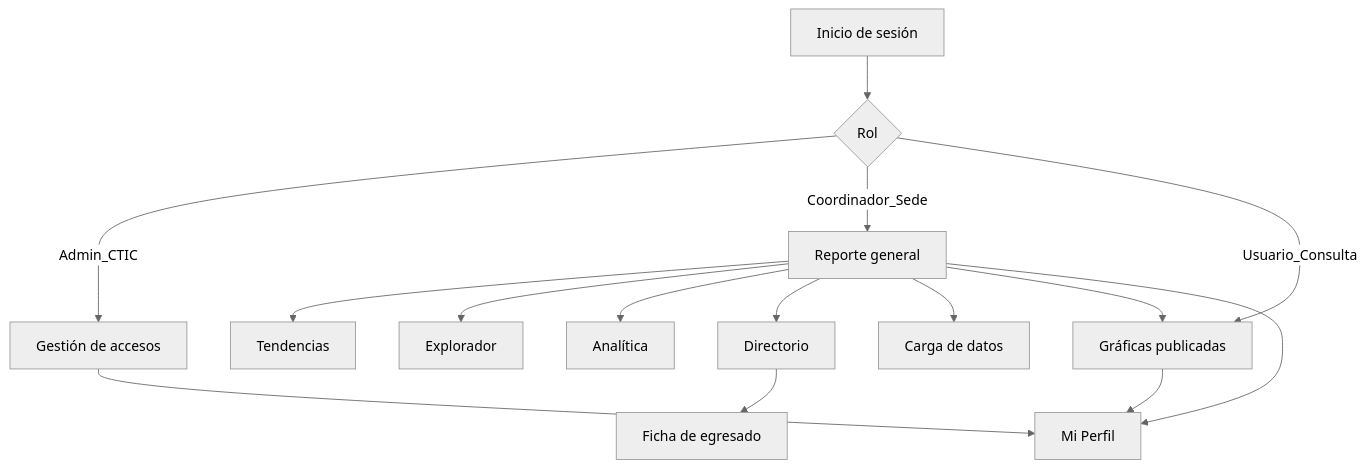
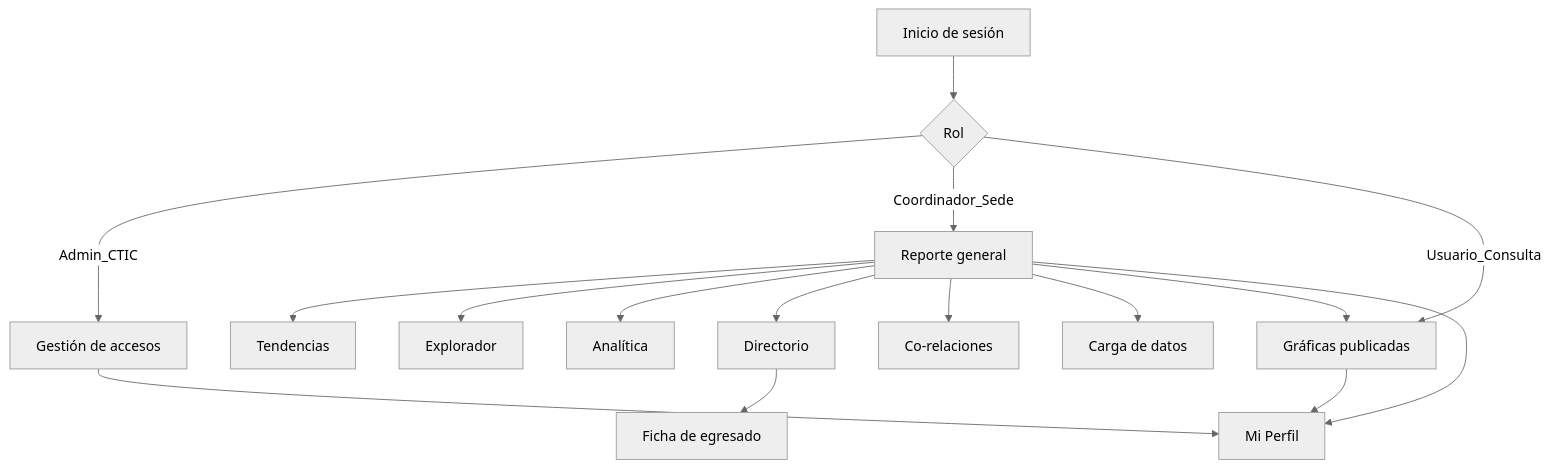
One commit to Cri-plata/OE-UPB changed the first of 2 diagrams in OEUPB-Docs/mockups/screen-map.md. Above: the diagram before and after it, drawn with Mermaid (neutral theme). The commit also changed other lines of this file and 8 other files, not shown here.

````diff
--- a/OEUPB-Docs/mockups/screen-map.md
+++ b/OEUPB-Docs/mockups/screen-map.md
@@ -58,17 +59,18 @@
 ```mermaid
 flowchart TD
     A[Inicio de sesión] --> B{Rol}
     B -->|Admin_CTIC| C[Gestión de accesos]
     B -->|Coordinador_Sede| D[Reporte general]
     B -->|Usuario_Consulta| E[Gráficas publicadas]
     D --> F[Tendencias]
     D --> G[Explorador]
     D --> H[Analítica]
     D --> I[Directorio]
     I --> J[Ficha de egresado]
+    D --> M[Co-relaciones]
     D --> K[Carga de datos]
     D --> E
     C --> L[Mi Perfil]
     D --> L
     E --> L
 ```
````
